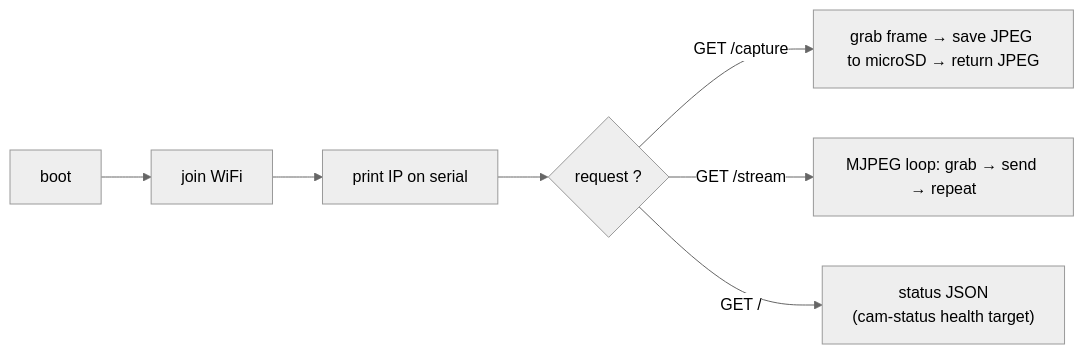
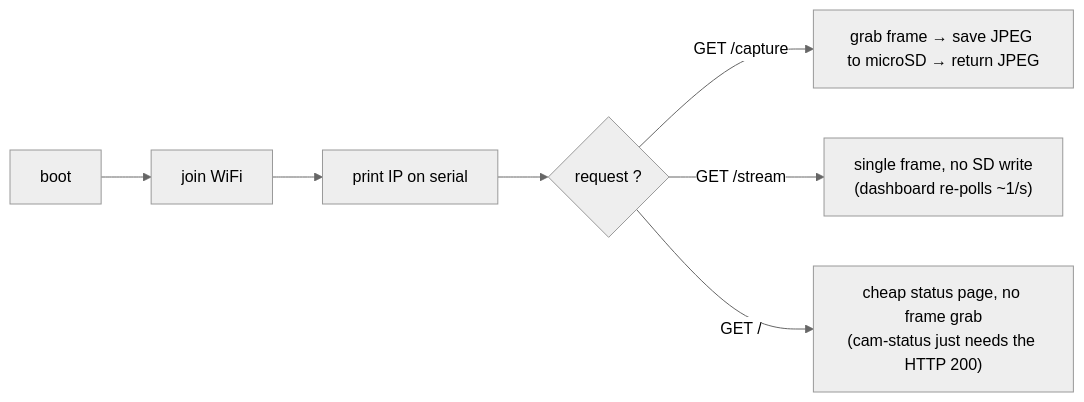
One commit to qppd/safeway changed the second of 4 diagrams in docs/FLOWCHART.md. Above: the diagram before and after it, drawn with Mermaid (neutral theme). The commit also changed other lines of this file and 11 other files, not shown here.

````diff
--- a/docs/FLOWCHART.md
+++ b/docs/FLOWCHART.md
@@ -53,9 +53,9 @@
 ```mermaid
 flowchart LR
     BOOT["boot"] --> WIFJ["join WiFi"]
     WIFJ --> PRINT["print IP on serial"]
     PRINT --> SERVE{"request ?"}
     SERVE -- "GET /capture" --> CAP["grab frame → save JPEG to microSD → return JPEG"]
-    SERVE -- "GET /stream" --> STR["MJPEG loop: grab → send → repeat"]
-    SERVE -- "GET /" --> STAT["status JSON<br/>(cam-status health target)"]
+    SERVE -- "GET /stream" --> STR["single frame, no SD write<br/>(dashboard re-polls ~1/s)"]
+    SERVE -- "GET /" --> STAT["cheap status page, no frame grab<br/>(cam-status just needs the HTTP 200)"]
 ```
````
